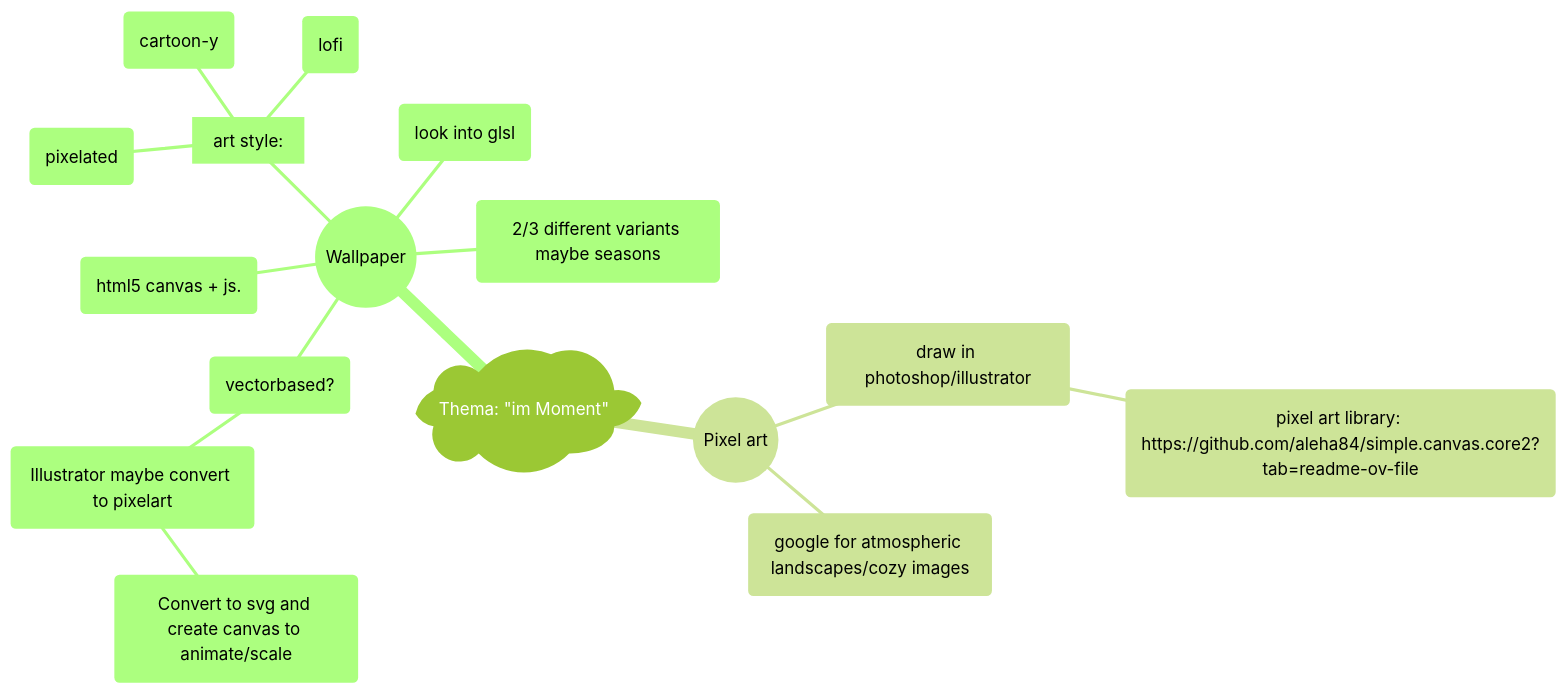
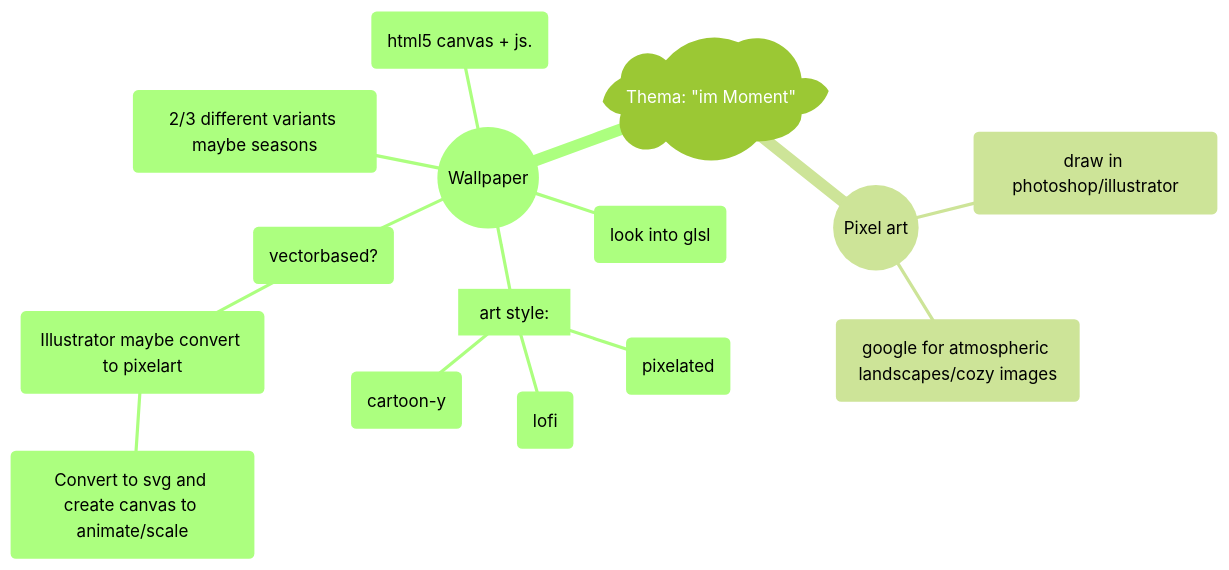
The diagram in README.md (flononymus/im-Moment-enzian-), drawn with Mermaid (forest theme) before and after one commit.

````diff
--- a/README.md
+++ b/README.md
@@ -10,29 +10,28 @@
 ```mermaid
 mindmap
     )Thema: "im Moment"(
 
         ((Wallpaper))
             (vectorbased?)
                 (Illustrator maybe convert to pixelart)
                     (Convert to svg and create canvas to animate/scale)
 
             [art style:] 
                 (cartoon-y)
                 (pixelated)
                 ("lofi")
 
             (2/3 different variants maybe seasons)
 
             (look into glsl)
 
             (html5 canvas + js.)
 
         ((Pixel art))
 
             (draw in photoshop/illustrator)
-                (pixel art library: https://github.com/aleha84/simple.canvas.core2?tab=readme-ov-file)
 
             (google for atmospheric landscapes/cozy images)
 
 
 ```
````
